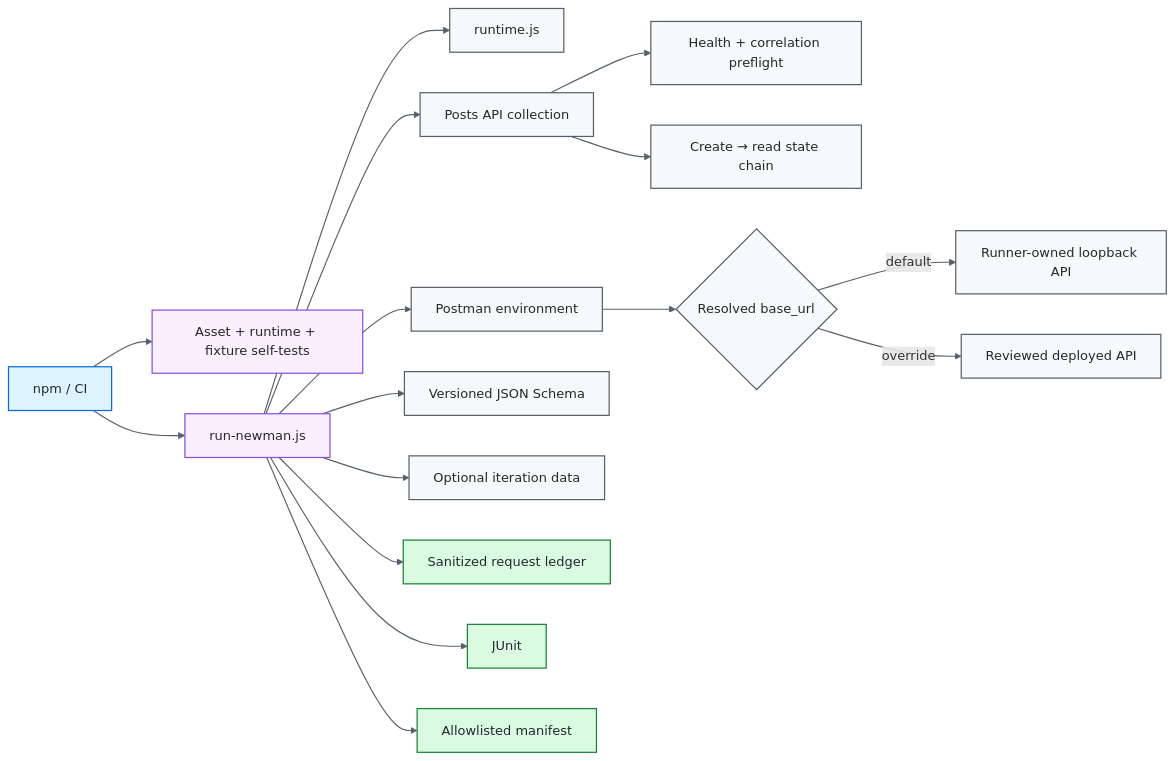
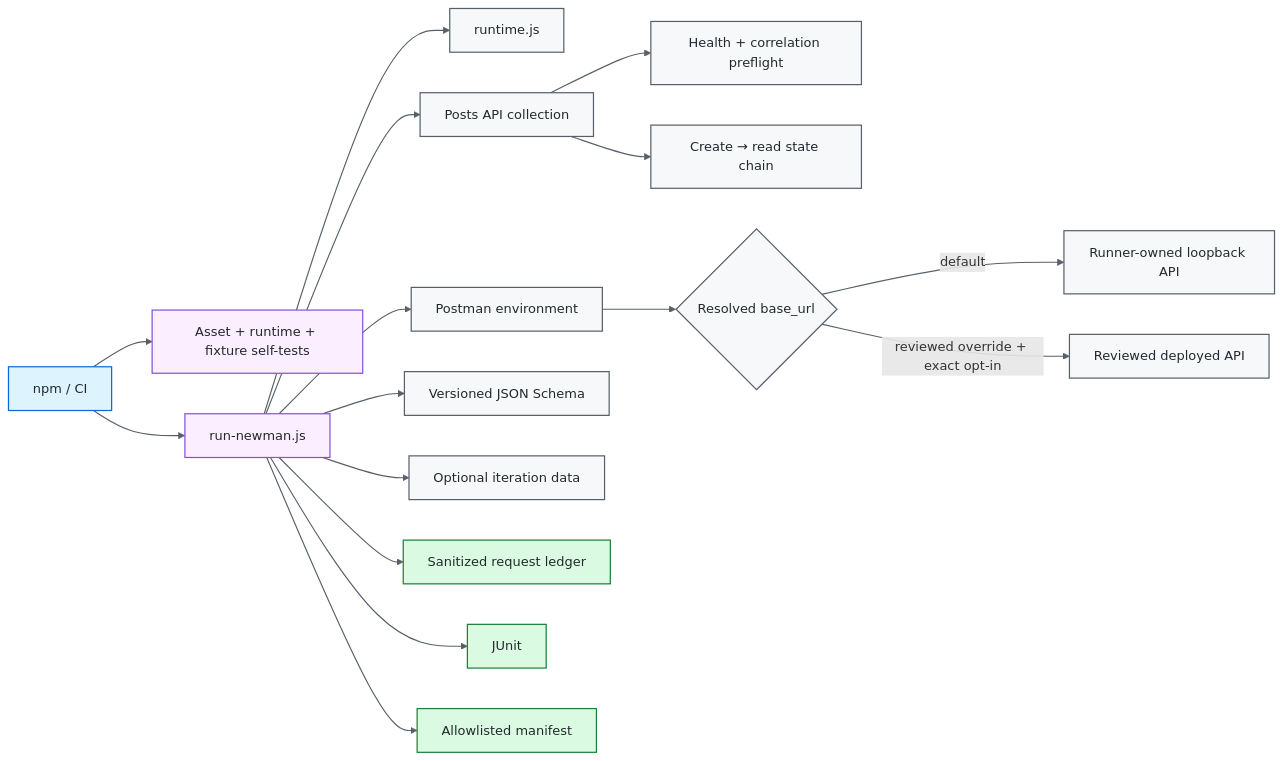
One commit to portyu9/qa-automation-api-postman-newman changed the diagram in README.md. Above: the diagram before and after it, drawn with Mermaid. The commit also changed other lines of this file and 7 other files, not shown here.

````diff
--- a/README.md
+++ b/README.md
@@ -39,28 +39,28 @@
 ```mermaid
 flowchart LR
     CLI[npm / CI] --> VALIDATE[Asset + runtime + fixture self-tests]
     CLI --> RUN[run-newman.js]
     RUN --> POLICY[runtime.js]
     RUN --> ENV[Postman environment]
     RUN --> COL[Posts API collection]
     RUN --> SCHEMA[Versioned JSON Schema]
     RUN --> DATA[Optional iteration data]
     COL --> PREFLIGHT[Health + correlation preflight]
     COL --> STATE[Create → read state chain]
     ENV --> TARGET{Resolved base_url}
     TARGET -->|default| LOCAL[Runner-owned loopback API]
-    TARGET -->|override| EXT[Reviewed deployed API]
+    TARGET -->|reviewed override + exact opt-in| EXT[Reviewed deployed API]
     RUN --> LEDGER[Sanitized request ledger]
     RUN --> JUNIT[JUnit]
     RUN --> MAN[Allowlisted manifest]
 
     classDef entry fill:#ddf4ff,stroke:#0969da,color:#24292f,stroke-width:1.5px;
     classDef core fill:#f6f8fa,stroke:#57606a,color:#24292f,stroke-width:1.5px;
     classDef gate fill:#fbefff,stroke:#8250df,color:#24292f,stroke-width:1.5px;
     classDef evidence fill:#dafbe1,stroke:#1a7f37,color:#24292f,stroke-width:1.5px;
     class CLI entry;
     class POLICY,ENV,COL,SCHEMA,DATA,PREFLIGHT,STATE,TARGET,LOCAL,EXT core;
     class VALIDATE,RUN gate;
     class LEDGER,JUNIT,MAN evidence;
     linkStyle default stroke:#57606a,stroke-width:1.4px;
 ```
````
